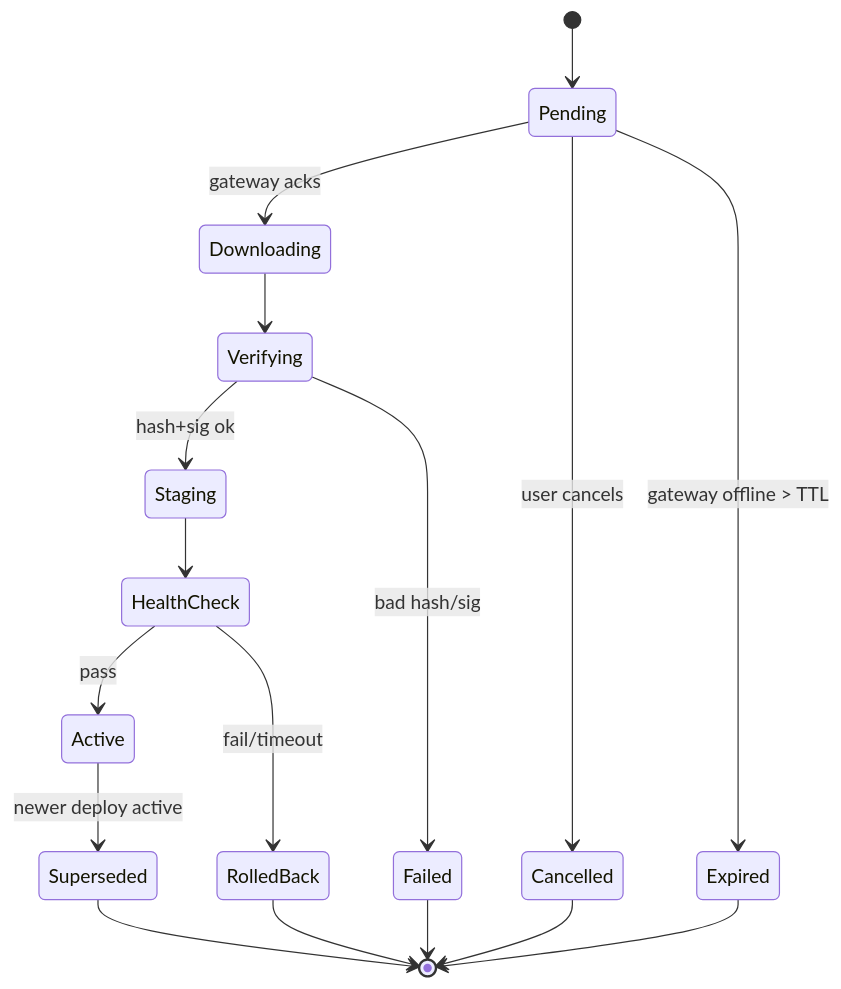
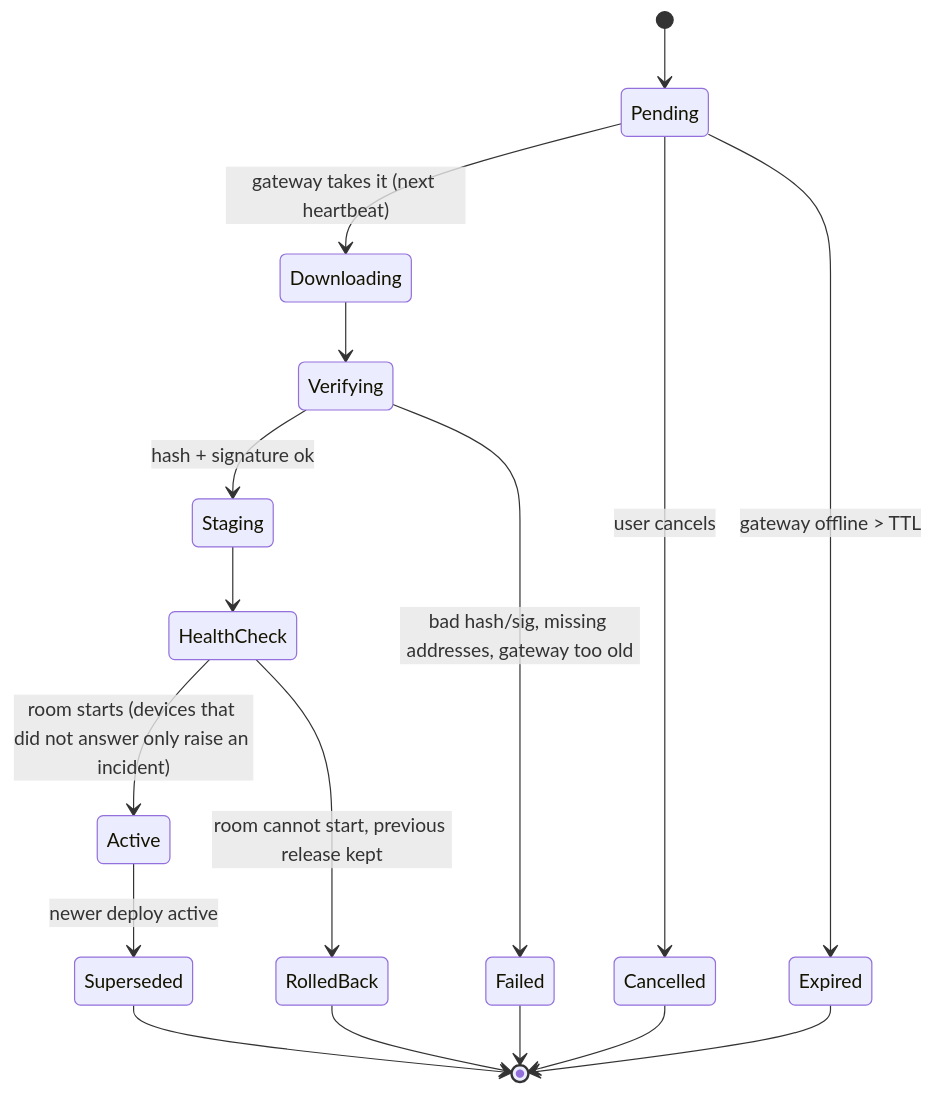
The fourth of 30 diagrams in docs/diagrams.md (steviemayo/cobra), drawn with Mermaid before and after one commit. The commit also changed other lines of this file and 5 other files, not shown here.

Commit message:
docs: bring plan, decisions, diagrams and status docs into line with what is built

````diff
--- a/docs/diagrams.md
+++ b/docs/diagrams.md
@@ -94,19 +112,19 @@
 ```mermaid
 stateDiagram-v2
   [*] --> Pending
-  Pending --> Downloading: gateway acks
+  Pending --> Downloading: gateway takes it (next heartbeat)
   Downloading --> Verifying
-  Verifying --> Staging: hash+sig ok
-  Verifying --> Failed: bad hash/sig
+  Verifying --> Staging: hash + signature ok
+  Verifying --> Failed: bad hash/sig, missing addresses, gateway too old
   Staging --> HealthCheck
-  HealthCheck --> Active: pass
-  HealthCheck --> RolledBack: fail/timeout
+  HealthCheck --> Active: room starts (devices that did not answer only raise an incident)
+  HealthCheck --> RolledBack: room cannot start, previous release kept
   Pending --> Cancelled: user cancels
   Pending --> Expired: gateway offline > TTL
   Active --> Superseded: newer deploy active
   Failed --> [*]
   RolledBack --> [*]
   Cancelled --> [*]
   Expired --> [*]
   Superseded --> [*]
 ```
````
